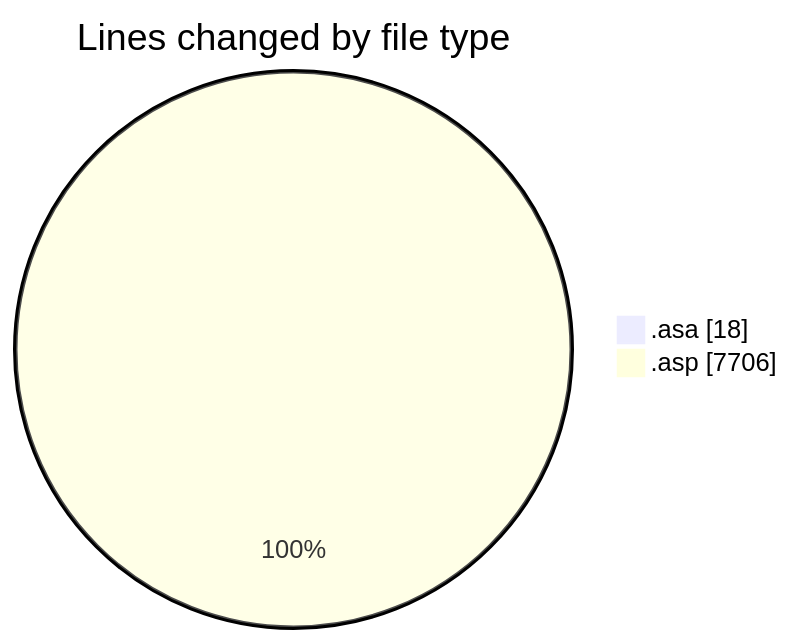
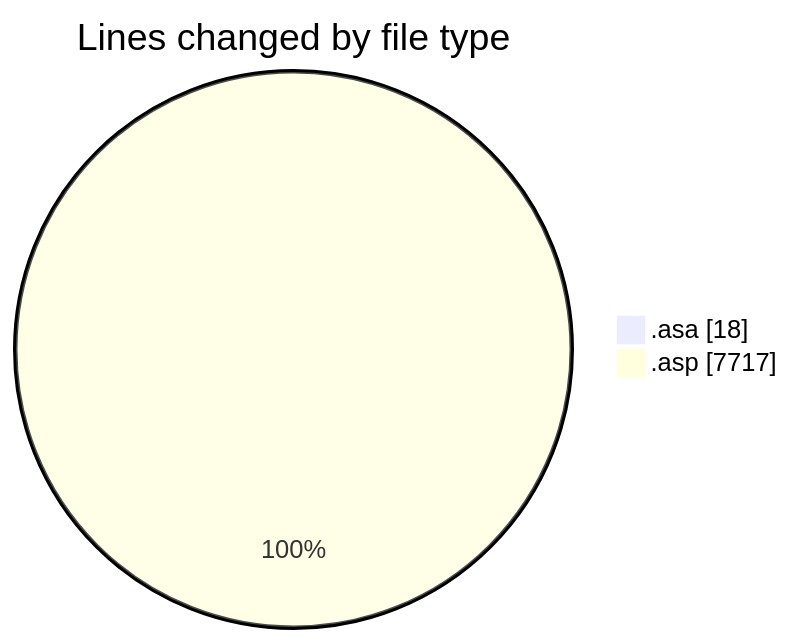
The first of 2 diagrams in 2025-11-06/usr_aleoudev_fr__workspace_/README.md (julien-gomy/code-tracking), drawn with Mermaid before and after one commit. The commit also changed other lines of this file and 1 other file, not shown here.

````diff
--- a/2025-11-06/usr_aleoudev_fr__workspace_/README.md
+++ b/2025-11-06/usr_aleoudev_fr__workspace_/README.md
@@ -24,6 +24,6 @@
 ```mermaid
 pie showData
 title Lines changed by file type
 ".asa" : 18
-".asp" : 7706
+".asp" : 7717
 ```
````
